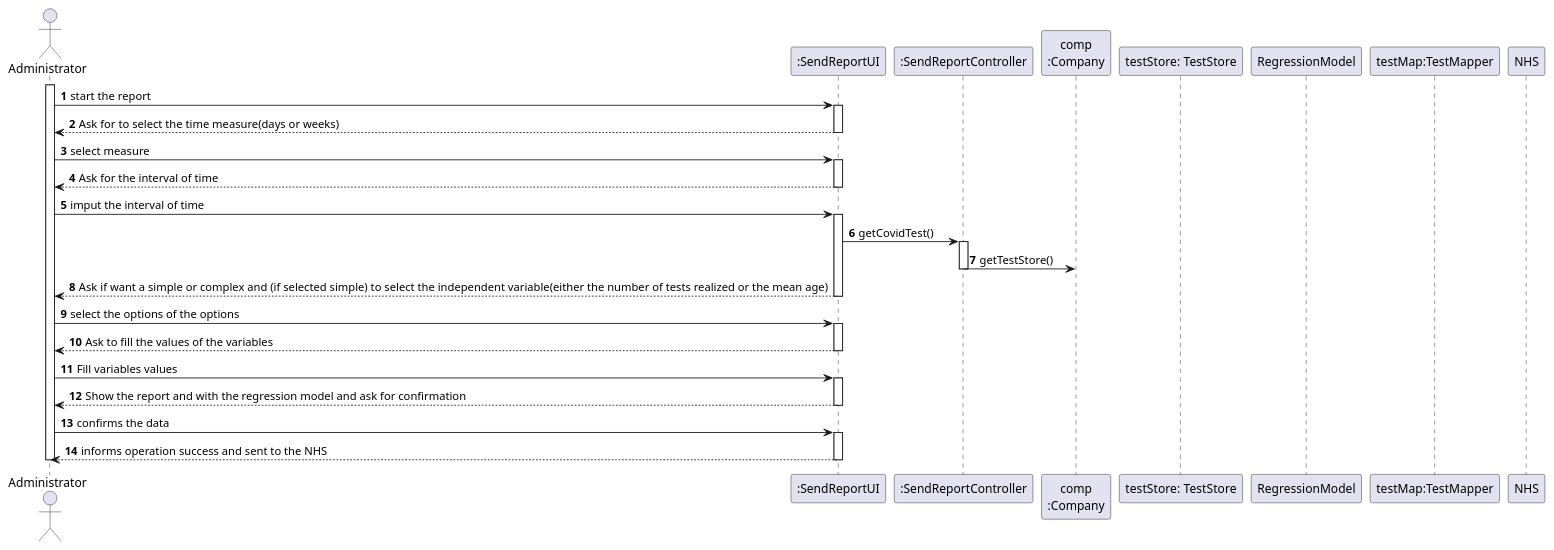
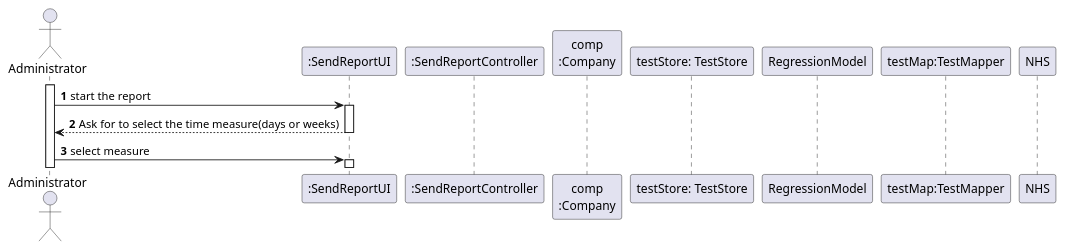
One commit to GuilhermeCunha79/lapr2 changed the diagram in docs/SprintD/US18/UC18_SD.puml. Above: the diagram before and after it, drawn with PlantUML. The commit also changed 12 other files, not shown here.

```diff
--- a/docs/SprintD/US18/UC18_SD.puml
+++ b/docs/SprintD/US18/UC18_SD.puml
@@ -1,51 +1,31 @@
 @startuml
 'https://plantuml.com/sequence-diagram
 
 autonumber
 
 actor "Administrator" as Ad
 participant ":SendReportUI" as UI
 participant ":SendReportController" as CTRL
 participant "comp\n:Company" as COMP
 
 
 
 
 participant "testStore: TestStore" as TSTORE
 
 participant "RegressionModel" as SAMPLE
 participant "testMap:TestMapper" as TMAPPER
 participant "NHS" as  N
+
 activate Ad
 
 Ad-> UI : start the report
 activate "UI"
 "UI"--> Ad : Ask for to select the time measure(days or weeks)
 deactivate "UI"
 Ad -> "UI" : select measure
 activate "UI"
-"UI"--> Ad : Ask for the interval of time
-deactivate "UI"
-Ad -> "UI" : imput the interval of time
-activate "UI"
-    "UI"->"CTRL" : getCovidTest()
-    activate CTRL
-        CTRL -> COMP : getTestStore()
-    deactivate CTRL
-"UI" --> Ad : Ask if want a simple or complex and (if selected simple) to select the independent variable(either the number of tests realized or the mean age)
-deactivate "UI"
-Ad -> "UI" : select the options of the options
-activate "UI"
-"UI" --> Ad : Ask to fill the values of the variables
-deactivate "UI"
-Ad -> "UI" : Fill variables values
-activate "UI"
-"UI" --> Ad : Show the report and with the regression model and ask for confirmation
-deactivate "UI"
-Ad -> "UI" :  confirms the data
-activate "UI"
-"UI" --> Ad : informs operation success and sent to the NHS
-deactivate "UI"
 
-deactivate Ad
+
+
 @enduml
```
